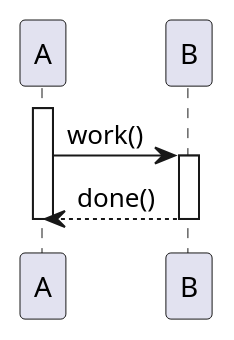
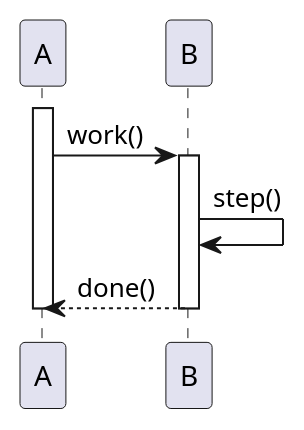
One commit to SuperPyonchiX/NextDesign_Script changed the diagram in SequenceImportProbe/samples/structure-trial-after.puml. Above: the diagram before and after it, drawn with PlantUML. The commit also changed 9 other files, not shown here.

```diff
--- a/SequenceImportProbe/samples/structure-trial-after.puml
+++ b/SequenceImportProbe/samples/structure-trial-after.puml
@@ -1,10 +1,11 @@
 @startuml
 participant A
 participant B
 activate A
 A -> B : work()
 activate B
+B -> B : step()
 B --> A : done()
 deactivate B
 deactivate A
 @enduml
```
